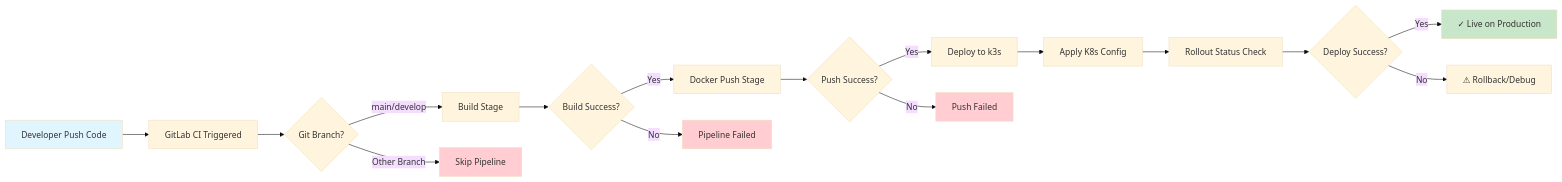
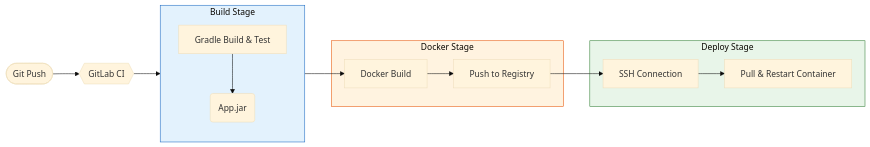
Before and after one commit to gOnEbOnE/afaf: the first of 2 diagrams in readme.md, drawn with Mermaid (base theme). The commit also changed other lines of this file and 6 other files, not shown here.

````diff
--- a/readme.md
+++ b/readme.md
@@ -19,23 +29,36 @@
 ```mermaid
-graph LR
-    A[Developer Push Code] --> B[GitLab CI Triggered]
-    B --> C{Git Branch?}
-    C -->|main/develop| D[Build Stage]
-    C -->|Other Branch| Z[Skip Pipeline]
-    D --> E{Build Success?}
-    E -->|Yes| F[Docker Push Stage]
-    E -->|No| Z1[Pipeline Failed]
-    F --> G{Push Success?}
-    G -->|Yes| H[Deploy to k3s]
-    G -->|No| Z2[Push Failed]
-    H --> I[Apply K8s Config]
-    I --> J[Rollout Status Check]
-    J --> K{Deploy Success?}
-    K -->|Yes| L[✓ Live on Production]
-    K -->|No| M[⚠ Rollback/Debug]
-    style A fill:#e1f5ff
-    style L fill:#c8e6c9
-    style Z fill:#ffcdd2
-    style Z1 fill:#ffcdd2
-    style Z2 fill:#ffcdd2
+flowchart LR
+    %% Node Definitions
+    push([Git Push])
+    gitlab{{GitLab CI}}
+    
+    subgraph CI_Stage [Build Stage]
+        direction TB
+        gradle[Gradle Build & Test]
+        artifact(App.jar)
+    end
+
+    subgraph Docker_Stage [Docker Stage]
+        dbuild[Docker Build]
+        dpush[Push to Registry]
+    end
+
+    subgraph CD_Stage [Deploy Stage]
+        ssh[SSH Connection]
+        deploy[Pull & Restart Container]
+    end
+
+    %% Connections
+    push --> gitlab
+    gitlab --> gradle
+    gradle --> artifact
+    artifact --> dbuild
+    dbuild --> dpush
+    dpush --> ssh
+    ssh --> deploy
+
+    %% Styling
+    style CI_Stage fill:#e3f2fd,stroke:#1565c0
+    style Docker_Stage fill:#fff3e0,stroke:#e65100
+    style CD_Stage fill:#e8f5e9,stroke:#2e7d32
 ```
````
